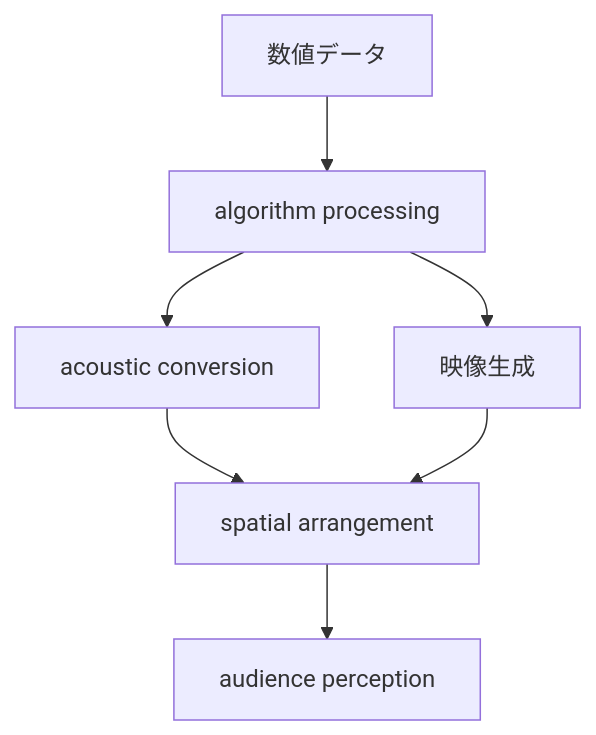
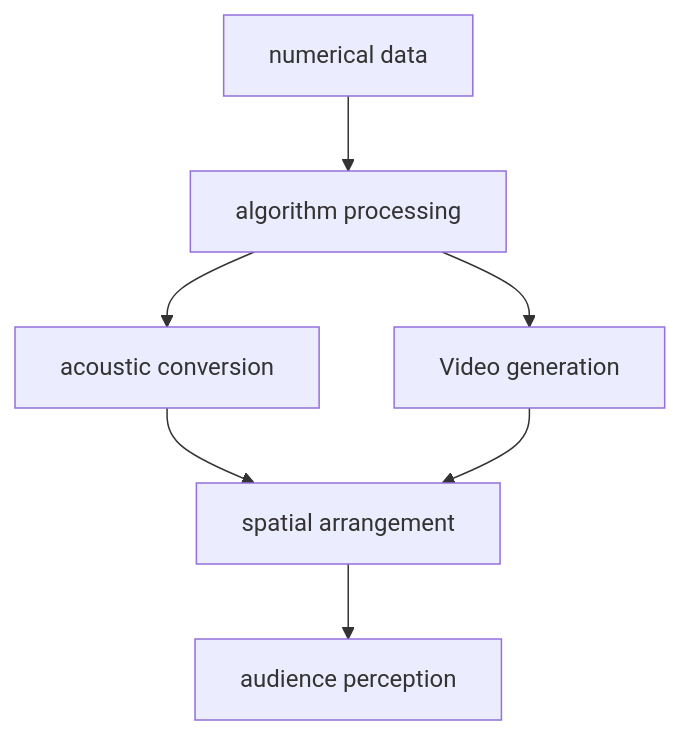
One commit to monumental-movement/monumental-movement.github.io changed the first of 8 diagrams in en/_posts/2026-04-18-column-ryoji-ikeda.md. Above: the diagram before and after it, drawn with Mermaid. The commit also changed other lines of this file and 851 other files, not shown here.

```diff
--- a/en/_posts/2026-04-18-column-ryoji-ikeda.md
+++ b/en/_posts/2026-04-18-column-ryoji-ikeda.md
@@ -71,9 +71,9 @@
 <div class="mermaid">
 graph TD
-A[数値データ] --> B[algorithm processing]
+A[numerical data] --> B[algorithm processing]
 B --> C[acoustic conversion]
-B --> D[映像生成]
+B --> D[Video generation]
 C --> E[spatial arrangement]
 D --> E
 E --> F[audience perception]
 </div>
```
